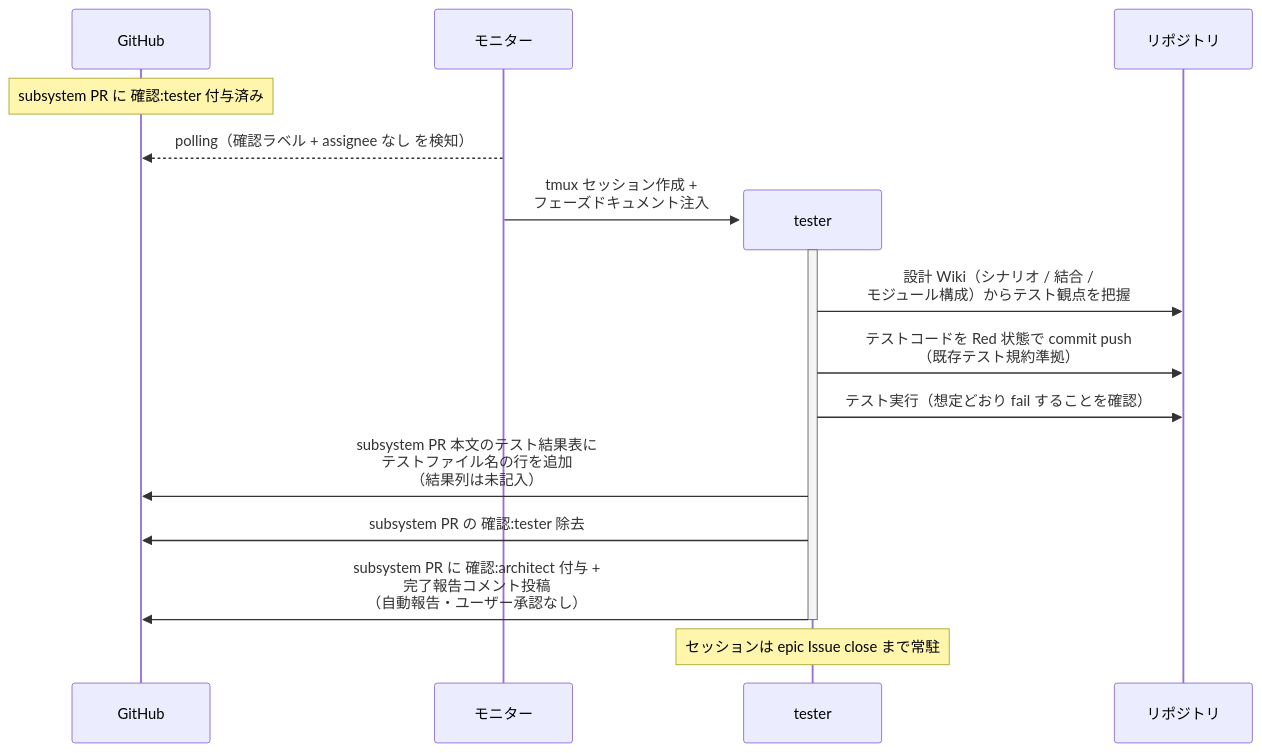
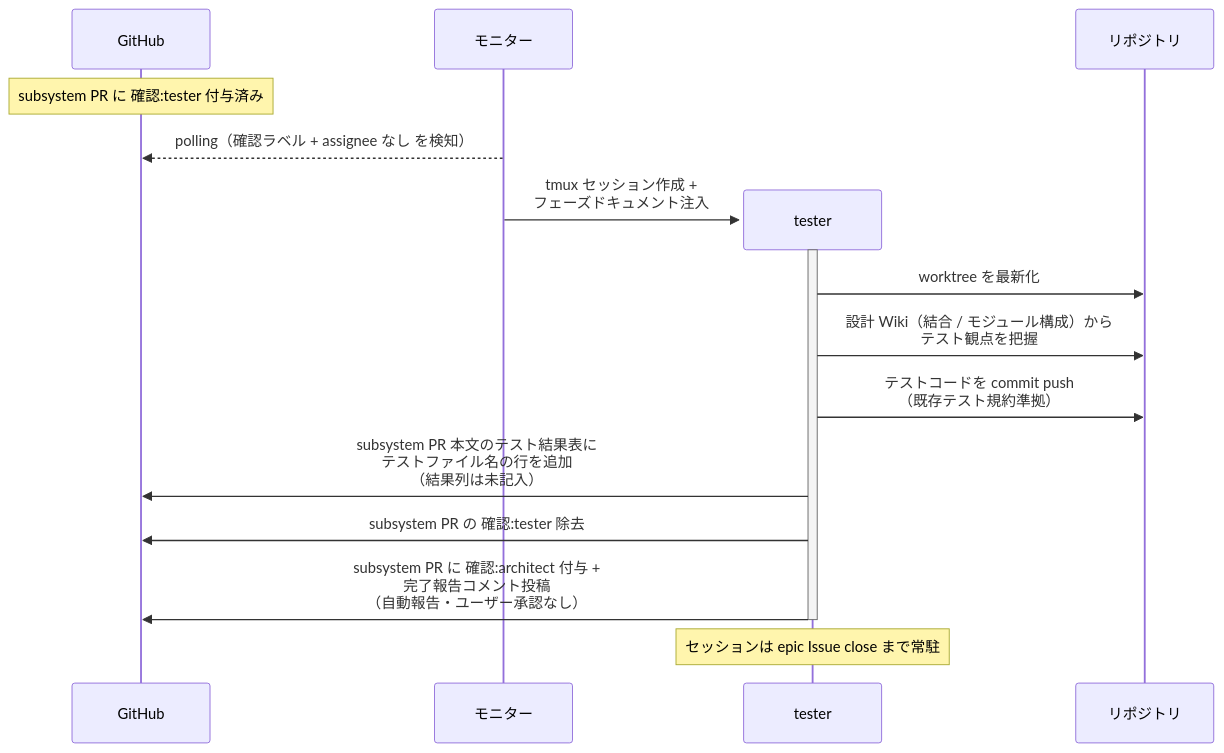
The first of 3 diagrams in docs/wiki/設計図/シナリオ/単一ユースケース/テスト作成.md (shuhei1101/ai-monitor), drawn with Mermaid before and after one commit. The commit also changed other lines of this file and 304 other files, not shown here.

````diff
--- a/docs/wiki/設計図/シナリオ/単一ユースケース/テスト作成.md
+++ b/docs/wiki/設計図/シナリオ/単一ユースケース/テスト作成.md
@@ -26,20 +26,20 @@
 ```mermaid
 sequenceDiagram
   participant GH as GitHub
   participant ORC as モニター
 
   Note over GH: subsystem PR に 確認:tester 付与済み
   ORC-->>GH: polling（確認ラベル + assignee なし を検知）
   create participant MON as tester
   ORC->>MON: tmux セッション作成 +<br>フェーズドキュメント注入
   participant REPO as リポジトリ
   activate MON
-  MON->>REPO: 設計 Wiki（シナリオ / 結合 /<br>モジュール構成）からテスト観点を把握
-  MON->>REPO: テストコードを Red 状態で commit push<br>（既存テスト規約準拠）
-  MON->>REPO: テスト実行（想定どおり fail することを確認）
+  MON->>REPO: worktree を最新化
+  MON->>REPO: 設計 Wiki（結合 / モジュール構成）から<br>テスト観点を把握
+  MON->>REPO: テストコードを commit push<br>（既存テスト規約準拠）
   MON->>GH: subsystem PR 本文のテスト結果表に<br>テストファイル名の行を追加<br>（結果列は未記入）
   MON->>GH: subsystem PR の 確認:tester 除去
   MON->>GH: subsystem PR に 確認:architect 付与 +<br>完了報告コメント投稿<br>（自動報告・ユーザー承認なし）
   deactivate MON
   Note over MON: セッションは epic Issue close まで常駐
 ```
````
